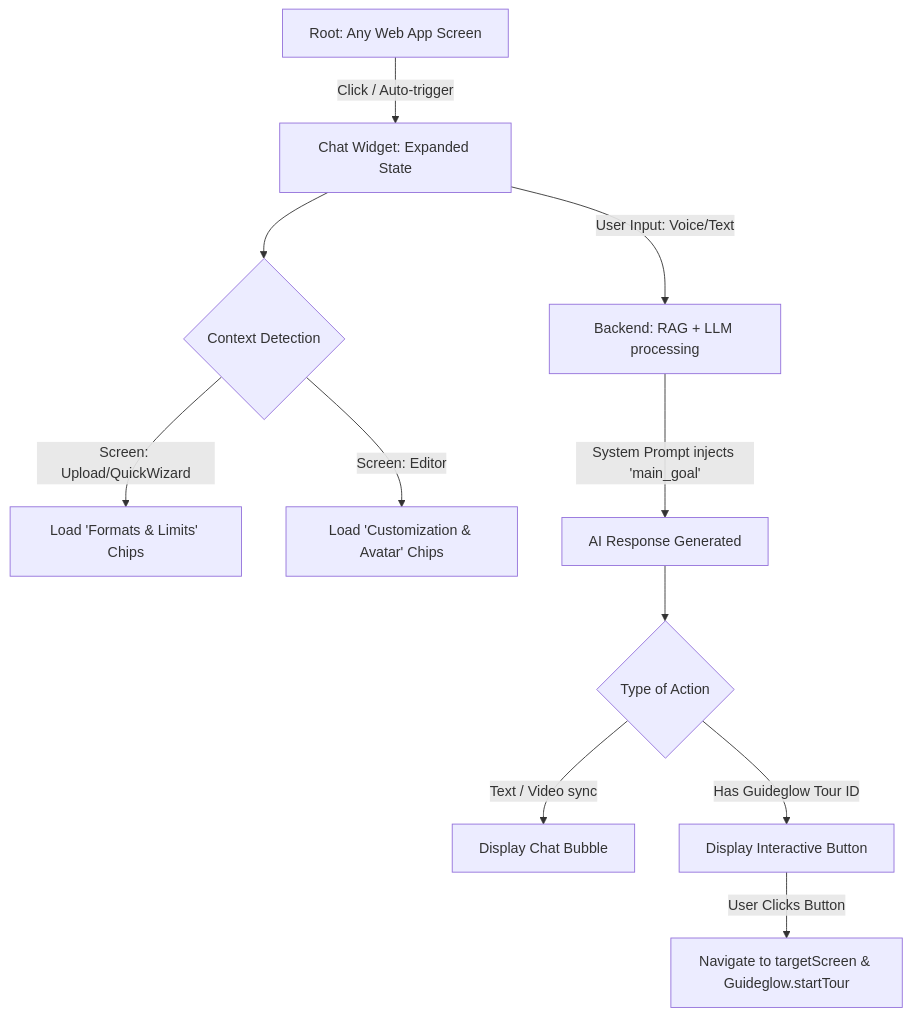
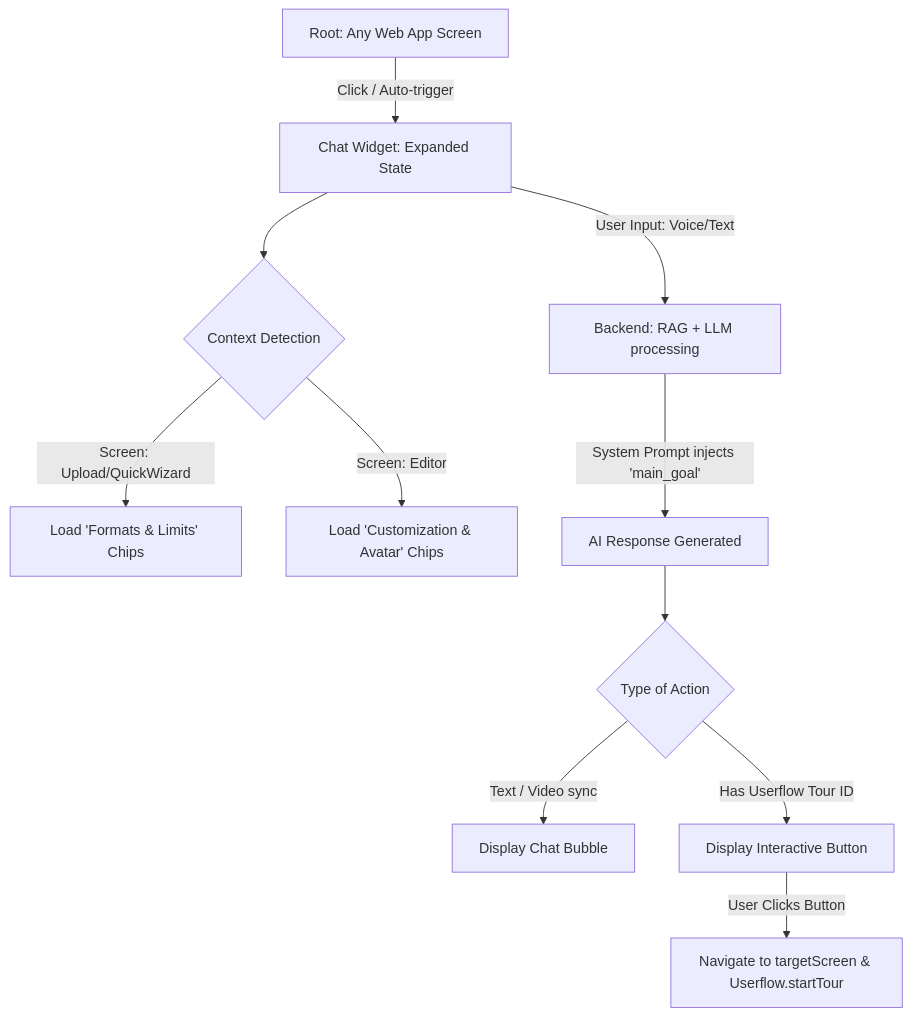
The diagram in scratch/support_chat_flow.mmd (yevhens-hue/Pitch-Avatar), drawn with Mermaid before and after one commit. The commit also changed 32 other files, not shown here.

```diff
--- a/scratch/support_chat_flow.mmd
+++ b/scratch/support_chat_flow.mmd
@@ -1,14 +1,14 @@
 graph TD
     A[Root: Any Web App Screen] -->|Click / Auto-trigger| B[Chat Widget: Expanded State]
     B --> C{Context Detection}
     C -->|Screen: Upload/QuickWizard| D[Load 'Formats & Limits' Chips]
     C -->|Screen: Editor| E[Load 'Customization & Avatar' Chips]
     
     B -->|User Input: Voice/Text| F[Backend: RAG + LLM processing]
     F -->|System Prompt injects 'main_goal'| G[AI Response Generated]
     
     G --> H{Type of Action}
     H -->|Text / Video sync| I[Display Chat Bubble]
-    H -->|Has Guideglow Tour ID| J[Display Interactive Button]
+    H -->|Has Userflow Tour ID| J[Display Interactive Button]
     
-    J -->|User Clicks Button| K[Navigate to targetScreen & Guideglow.startTour]
+    J -->|User Clicks Button| K[Navigate to targetScreen & Userflow.startTour]
```
